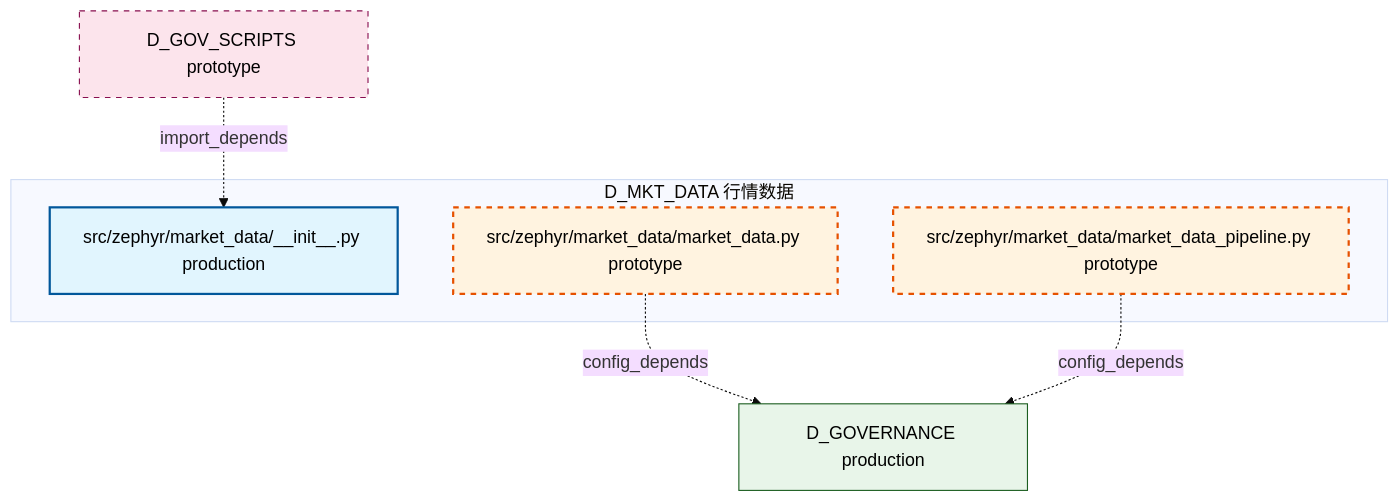
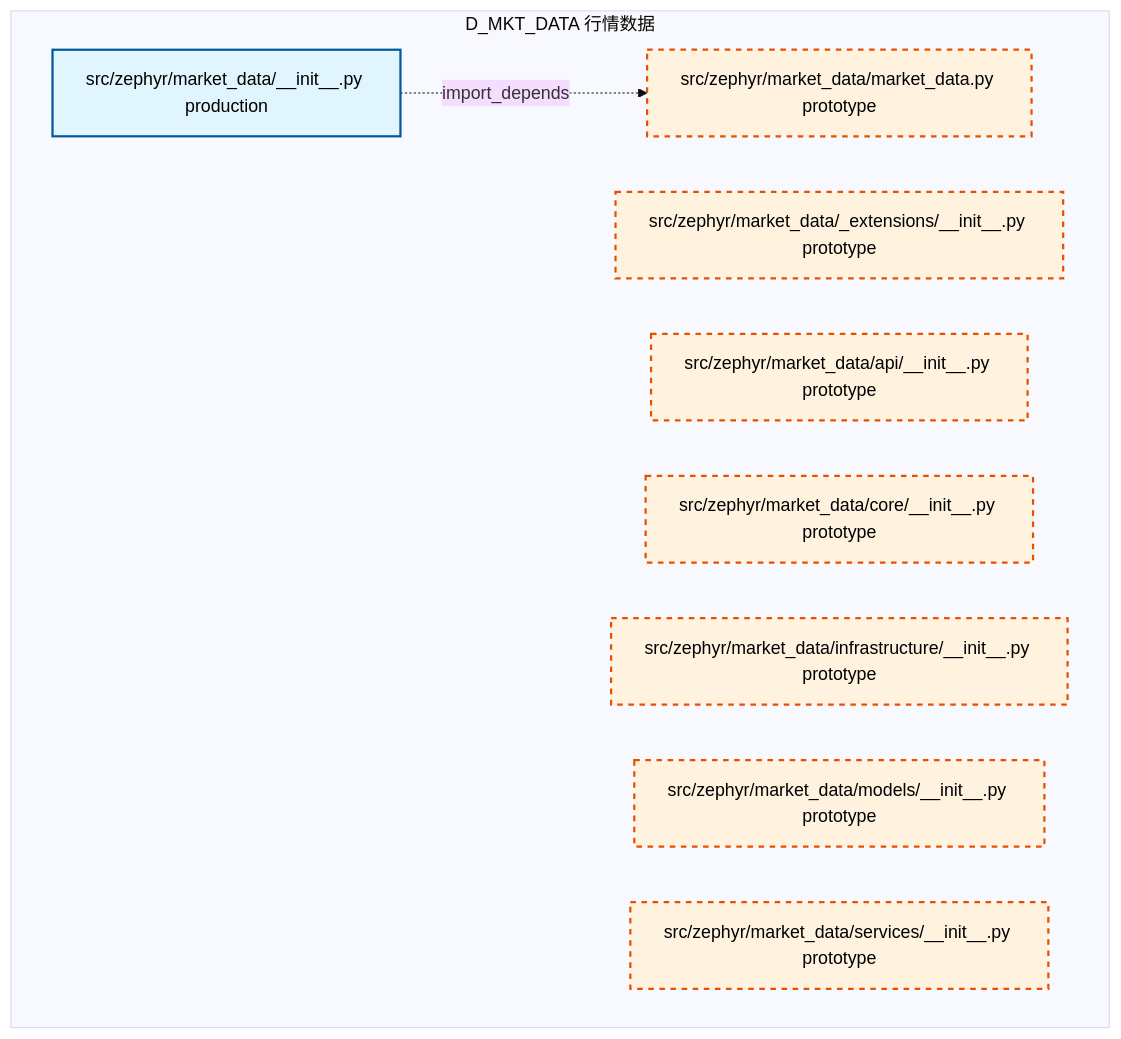
Before and after one commit to xuanFelixVan/ZephyrAlpha: the diagram in docs/02_enterprise_architecture/02_domain_architecture_docs/15_d_mkt_data.md, drawn with Mermaid (base theme). The commit also changed other lines of this file and 105 other files, not shown here.

````diff
--- a/docs/02_enterprise_architecture/02_domain_architecture_docs/15_d_mkt_data.md
+++ b/docs/02_enterprise_architecture/02_domain_architecture_docs/15_d_mkt_data.md
@@ -47,21 +47,20 @@
 ```mermaid
 graph TD
     subgraph D_MKT_DATA["D_MKT_DATA 行情数据"]
         src_zephyr_market_data_init_py["src/zephyr/market_data/__init__.py production"]
+        src_zephyr_market_data_extensions_init_py["src/zephyr/market_data/_extensions/__init__.py prototype"]
+        src_zephyr_market_data_api_init_py["src/zephyr/market_data/api/__init__.py prototype"]
+        src_zephyr_market_data_core_init_py["src/zephyr/market_data/core/__init__.py prototype"]
+        src_zephyr_market_data_infrastructure_init_py["src/zephyr/market_data/infrastructure/__init__.py prototype"]
         src_zephyr_market_data_market_data_py["src/zephyr/market_data/market_data.py prototype"]
-        src_zephyr_market_data_market_data_pipeline_py["src/zephyr/market_data/market_data_pipeline.py prototype"]
+        src_zephyr_market_data_models_init_py["src/zephyr/market_data/models/__init__.py prototype"]
+        src_zephyr_market_data_services_init_py["src/zephyr/market_data/services/__init__.py prototype"]
     end
-    D_GOVERNANCE["D_GOVERNANCE production"]
-    src_zephyr_market_data_market_data_py -.->|config_depends| D_GOVERNANCE
-    src_zephyr_market_data_market_data_pipeline_py -.->|config_depends| D_GOVERNANCE
-    D_GOV_SCRIPTS["D_GOV_SCRIPTS prototype"]
-    D_GOV_SCRIPTS -.->|import_depends| src_zephyr_market_data_init_py
+    src_zephyr_market_data_init_py -.->|import_depends| src_zephyr_market_data_market_data_py
     classDef production fill:#e1f5fe,stroke:#01579b,stroke-width:2px,color:#000
     classDef design fill:#fff3e0,stroke:#e65100,stroke-width:2px,color:#000,stroke-dasharray: 5 5
     classDef external_prod fill:#e8f5e9,stroke:#1b5e20,stroke-width:1px,color:#000
     classDef external_design fill:#fce4ec,stroke:#880e4f,stroke-width:1px,color:#000,stroke-dasharray: 5 5
     class src_zephyr_market_data_init_py production
-    class src_zephyr_market_data_market_data_py,src_zephyr_market_data_market_data_pipeline_py design
-    class D_GOVERNANCE external_prod
-    class D_GOV_SCRIPTS external_design
+    class src_zephyr_market_data_extensions_init_py,src_zephyr_market_data_api_init_py,src_zephyr_market_data_core_init_py,src_zephyr_market_data_infrastructure_init_py,src_zephyr_market_data_market_data_py,src_zephyr_market_data_models_init_py,src_zephyr_market_data_services_init_py design
 ```
````
